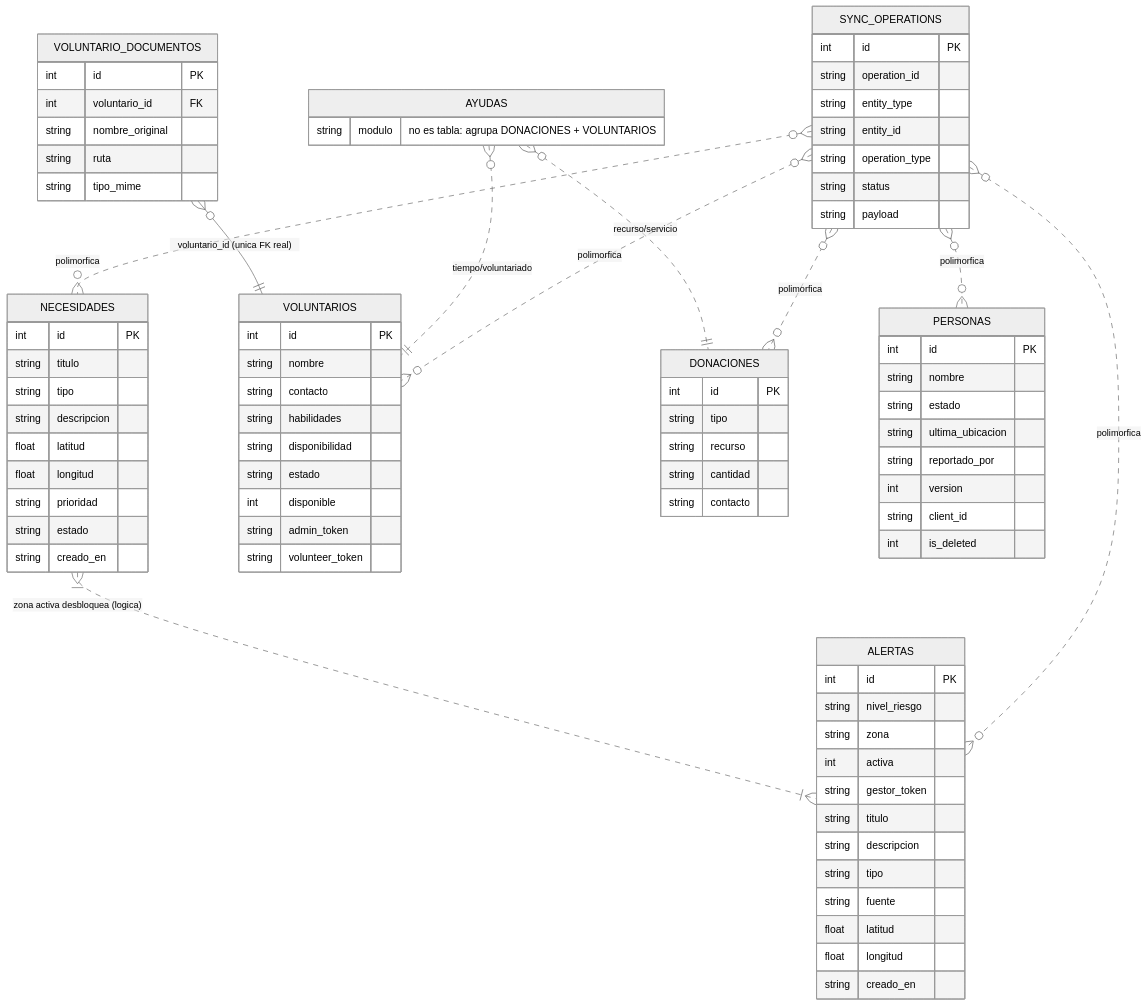
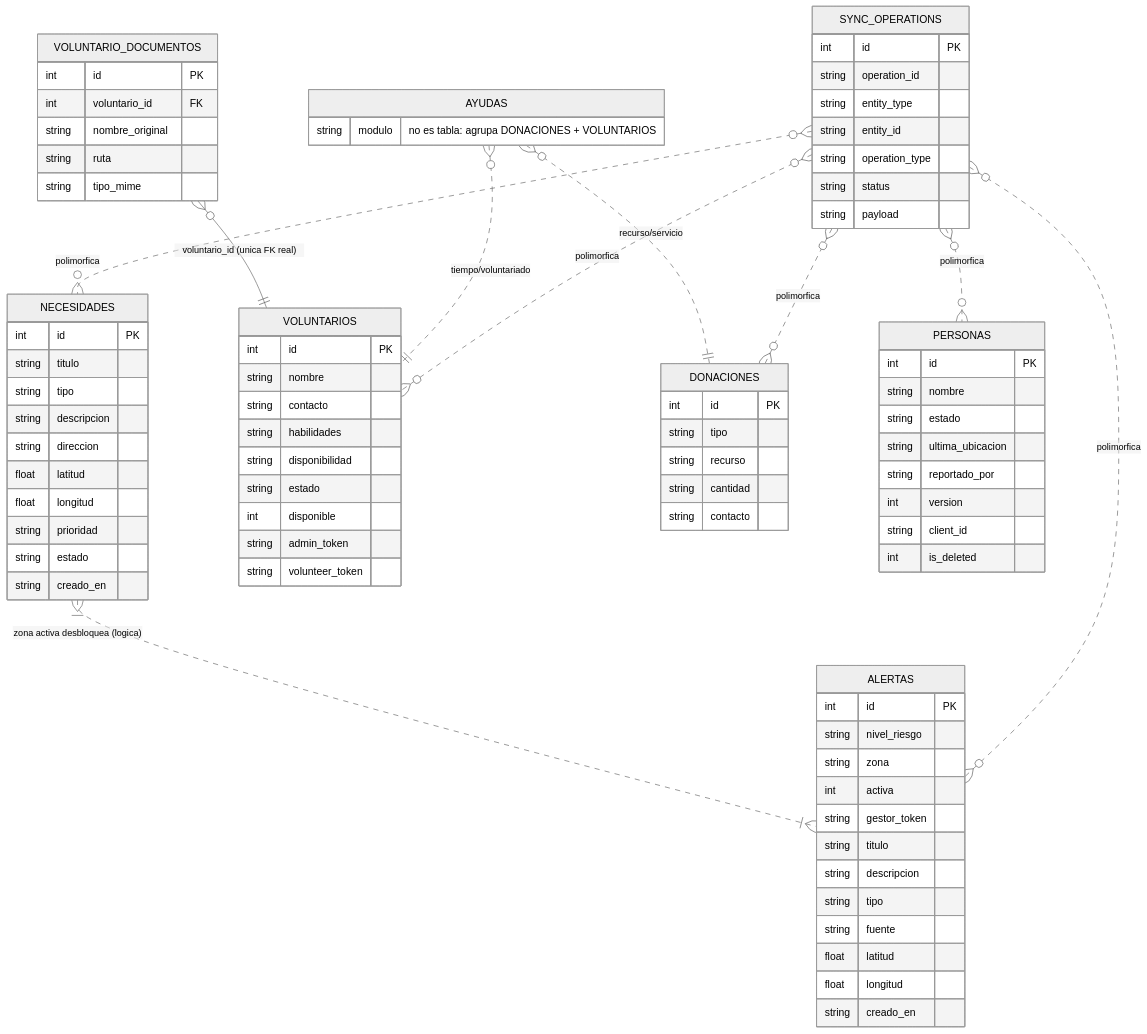
The diagram in docs/modelo-entidad-relacion.md (adrianaarang/Nexo), drawn with Mermaid (neutral theme) before and after one commit. The commit also changed other lines of this file and 4 other files, not shown here.

First line of the commit message:
docs(trazabilidad): actualizar ER y backlog tras merges 91a7647

```diff
--- a/docs/modelo-entidad-relacion.md
+++ b/docs/modelo-entidad-relacion.md
@@ -88,6 +89,7 @@
         string titulo
         string tipo
         string descripcion
+        string direccion
         float latitud
         float longitud
         string prioridad
```
